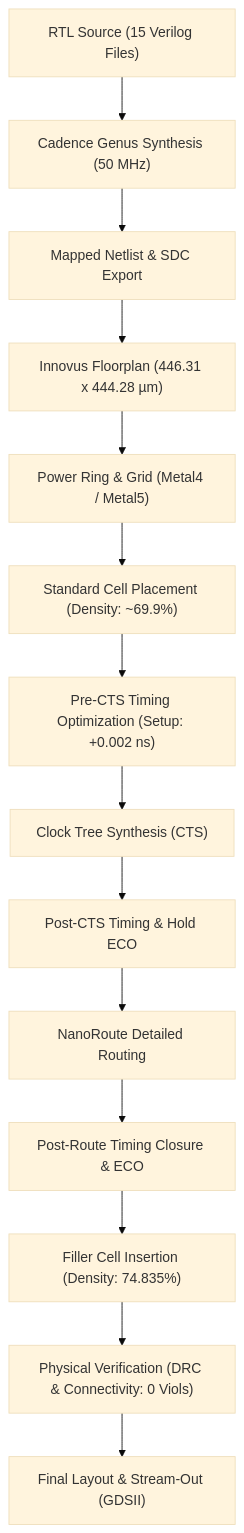
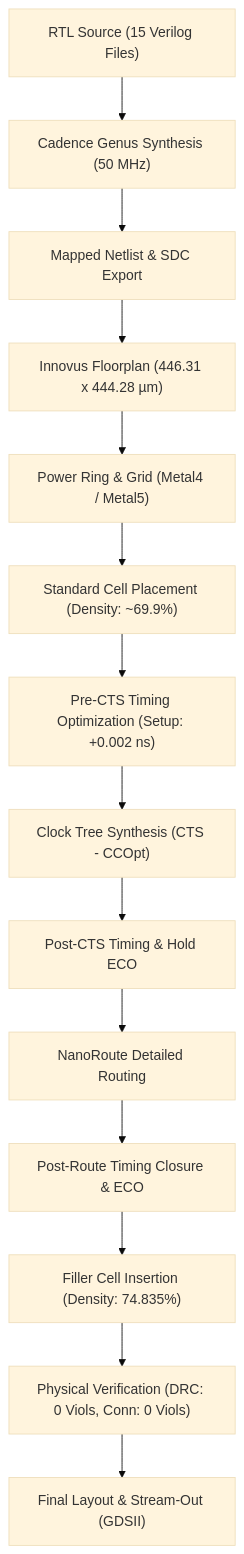
The diagram in docs/physical_design.md (ALLENJOE-A/Mode_Switching-Flight_control-Pid_Controller-), drawn with Mermaid (base theme) before and after one commit. The commit also changed other lines of this file, not shown here.

First line of the commit message:
docs: clarify physical design timing margin and verification evidence

````diff
--- a/docs/physical_design.md
+++ b/docs/physical_design.md
@@ -13,16 +13,16 @@
 ```mermaid
 flowchart TD
     A["RTL Source (15 Verilog Files)"] --> B["Cadence Genus Synthesis (50 MHz)"]
     B --> C["Mapped Netlist & SDC Export"]
     C --> D["Innovus Floorplan (446.31 x 444.28 µm)"]
     D --> E["Power Ring & Grid (Metal4 / Metal5)"]
     E --> F["Standard Cell Placement (Density: ~69.9%)"]
     F --> G["Pre-CTS Timing Optimization (Setup: +0.002 ns)"]
-    G --> H["Clock Tree Synthesis (CTS)"]
+    G --> H["Clock Tree Synthesis (CTS - CCOpt)"]
     H --> I["Post-CTS Timing & Hold ECO"]
     I --> J["NanoRoute Detailed Routing"]
     J --> K["Post-Route Timing Closure & ECO"]
     K --> L["Filler Cell Insertion (Density: 74.835%)"]
-    L --> M["Physical Verification (DRC & Connectivity: 0 Viols)"]
+    L --> M["Physical Verification (DRC: 0 Viols, Conn: 0 Viols)"]
     M --> N["Final Layout & Stream-Out (GDSII)"]
 ```
````
